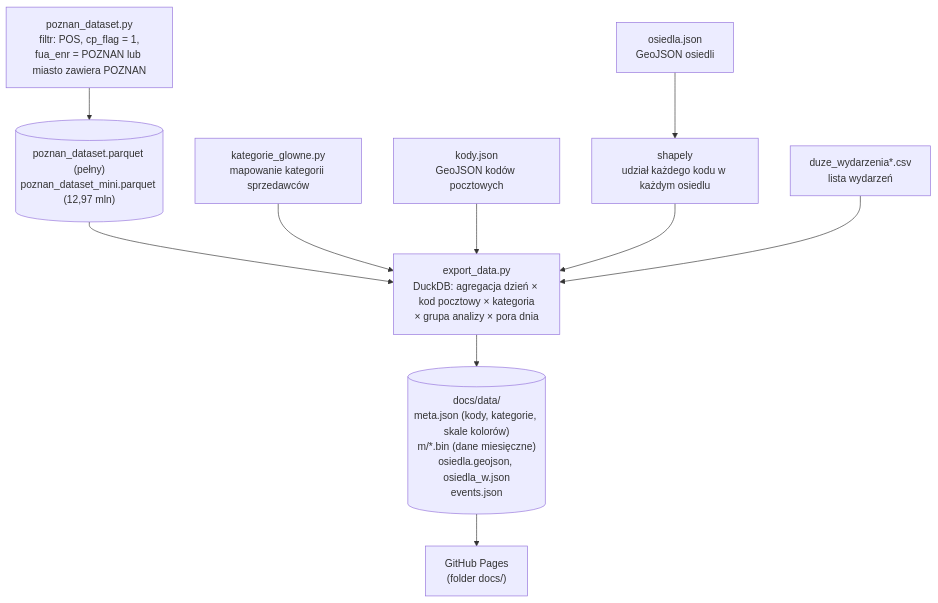
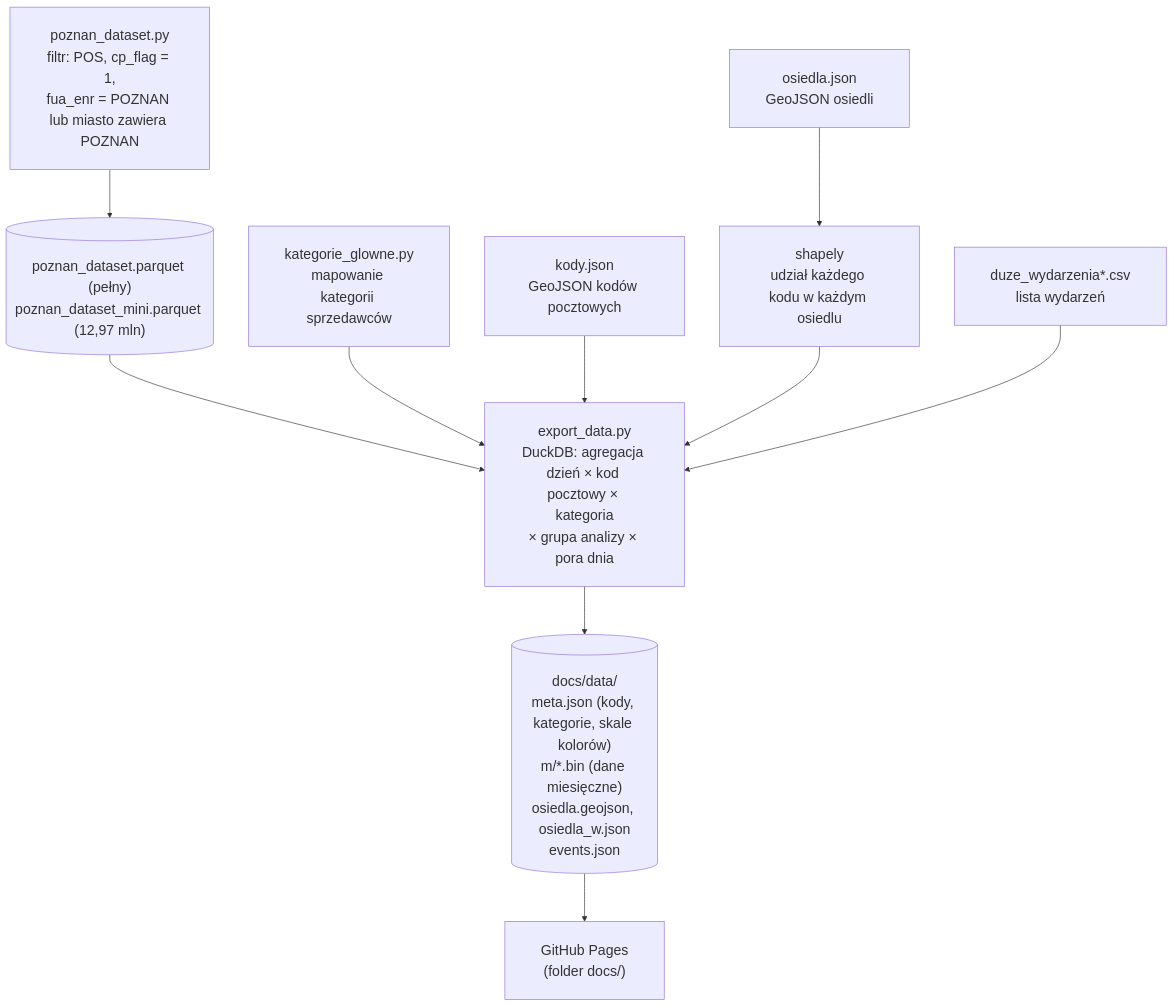
One commit to ZuzannaTabisz/app_datasprint changed the second of 6 diagrams in README.md. Above: the diagram before and after it, drawn with Mermaid. The commit also changed other lines of this file, not shown here.

````diff
--- a/README.md
+++ b/README.md
@@ -39,20 +80,21 @@
 ```mermaid
+%%{init: {"themeVariables": {"fontSize": "22px"}, "flowchart": {"nodeSpacing": 55, "rankSpacing": 75, "padding": 28, "useMaxWidth": false}}}%%
 flowchart TD
     B["poznan_dataset.py<br/>filtr: POS, cp_flag = 1,<br/>fua_enr = POZNAN lub miasto zawiera POZNAN"]
     C[("poznan_dataset.parquet (pełny)<br/>poznan_dataset_mini.parquet (12,97 mln)")]
     D["export_data.py<br/>DuckDB: agregacja dzień × kod pocztowy × kategoria<br/>× grupa analizy × pora dnia"]
     K["kategorie_glowne.py<br/>mapowanie kategorii sprzedawców"]
     G1["kody.json<br/>GeoJSON kodów pocztowych"]
     G2["osiedla.json<br/>GeoJSON osiedli"]
     E1["duze_wydarzenia*.csv<br/>lista wydarzeń"]
     S["shapely<br/>udział każdego kodu w każdym osiedlu"]
     O[("docs/data/<br/>meta.json (kody, kategorie, skale kolorów)<br/>m/*.bin (dane miesięczne)<br/>osiedla.geojson, osiedla_w.json<br/>events.json")]
     P["GitHub Pages<br/>(folder docs/)"]
 
     B --> C --> D
     K --> D
     G1 --> D
     G2 --> S --> D
     E1 --> D
     D --> O --> P
 ```
````
